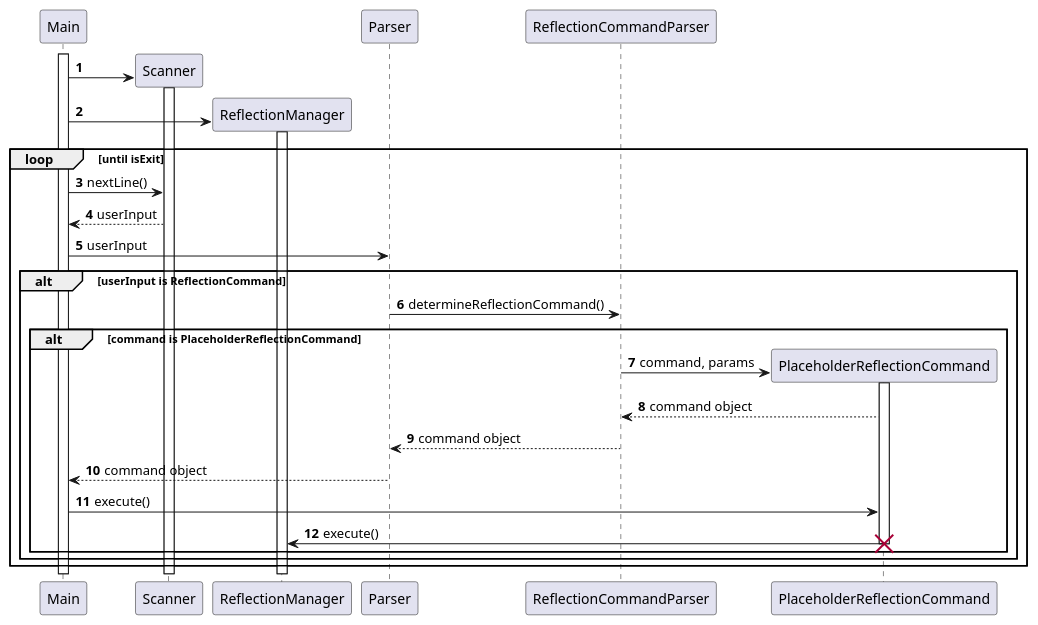
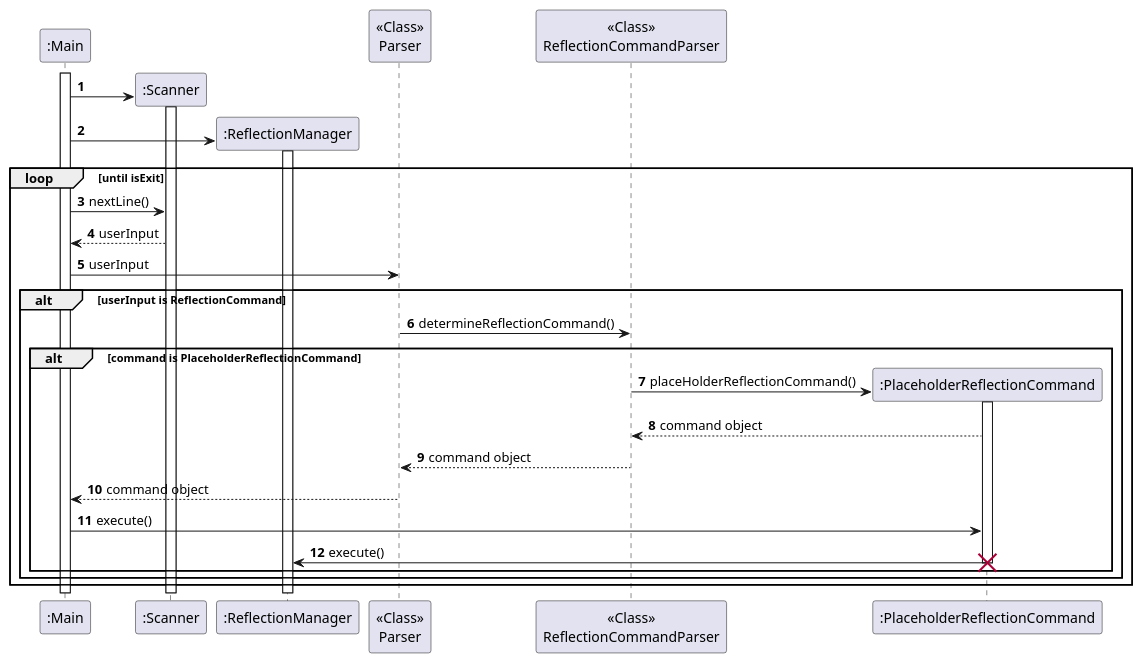
One commit to AY2324S2-CS2113-T11-1/tp changed the diagram in docs/diagrams/reflection/ReflectionSequenceDiagram.puml. Above: the diagram before and after it, drawn with PlantUML. The commit also changed 7 other files, not shown here.

```diff
--- a/docs/diagrams/reflection/ReflectionSequenceDiagram.puml
+++ b/docs/diagrams/reflection/ReflectionSequenceDiagram.puml
@@ -1,44 +1,44 @@
 @startuml
 'https://plantuml.com/sequence-diagram
 
 autonumber
 
-participant Main
-participant Scanner
-participant ReflectionManager
-participant Parser
-participant ReflectionCommandParser
-participant PlaceholderReflectionCommand
+participant ":Main" as Main
+participant ":Scanner" as Scanner
+participant ":ReflectionManager" as ReflectionManager
+participant "<<Class>>\nParser" as Parser
+participant "<<Class>>\nReflectionCommandParser" as ReflectionCommandParser
+participant ":PlaceholderReflectionCommand" as PlaceholderReflectionCommand
 
 activate Main
 
 create Scanner
 Main -> Scanner
 activate Scanner
 
 create ReflectionManager
 Main -> ReflectionManager
 activate ReflectionManager
 
 loop until isExit
 
     Main -> Scanner: nextLine()
     Scanner --> Main: userInput
     Main -> Parser: userInput
     alt userInput is ReflectionCommand
         Parser -> ReflectionCommandParser: determineReflectionCommand()
         alt command is PlaceholderReflectionCommand
             create PlaceholderReflectionCommand
-            ReflectionCommandParser -> PlaceholderReflectionCommand: command, params
+            ReflectionCommandParser -> PlaceholderReflectionCommand: placeHolderReflectionCommand()
             activate PlaceholderReflectionCommand
             PlaceholderReflectionCommand --> ReflectionCommandParser: command object
             ReflectionCommandParser --> Parser: command object
             Parser --> Main: command object
             Main -> PlaceholderReflectionCommand: execute()
             PlaceholderReflectionCommand -> ReflectionManager: execute()
             destroy PlaceholderReflectionCommand
         end
     end
 end
 
 @enduml
```
